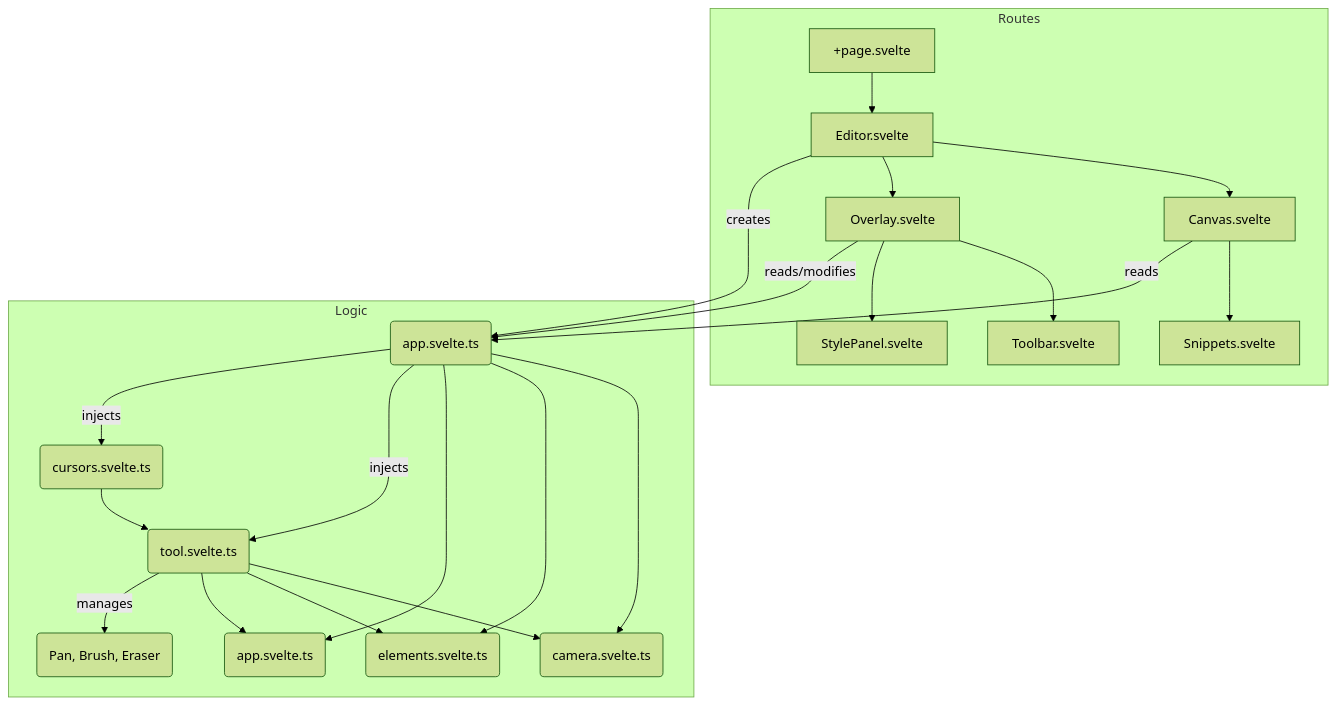
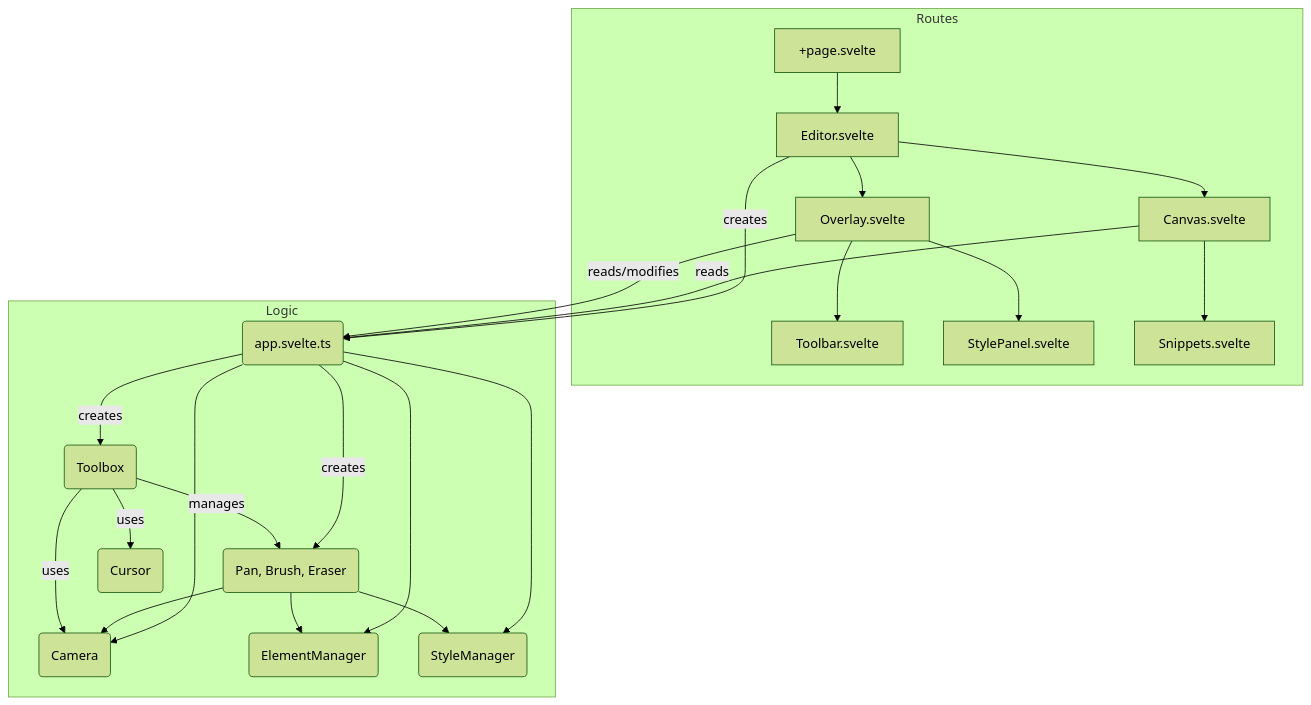
The diagram in README.md (RedthMC/motion-whiteboard), drawn with Mermaid (forest theme) before and after one commit. The commit also changed other lines of this file and 12 other files, not shown here.

````diff
--- a/README.md
+++ b/README.md
@@ -11,32 +11,33 @@
 ```mermaid
 graph TD
     subgraph Routes
         Page[+page.svelte] --> Editor[Editor.svelte]
         Editor --> Canvas[Canvas.svelte]
         Editor --> Overlay[Overlay.svelte]
         Overlay --> Toolbar[Toolbar.svelte]
         Overlay --> StylePanel[StylePanel.svelte]
         Canvas --> Snippets[Snippets.svelte]
     end
 
     Editor -- creates --> AppState
     Canvas -- reads --> AppState
     Overlay -- reads/modifies --> AppState
     
     subgraph Logic
       AppState(app.svelte.ts)
-      AppState --> Camera(camera.svelte.ts)
-      AppState --> ElementManager(elements.svelte.ts)
-      AppState --> StyleManager(app.svelte.ts)
+      AppState --> Camera(Camera)
+      AppState --> ElementManager(ElementManager)
+      AppState --> StyleManager(StyleManager)
       
-      AppState -- injects --> Toolbox(tool.svelte.ts)
-      Toolbox --> Camera
-      Toolbox --> ElementManager
-      Toolbox --> StyleManager
-
-      AppState -- injects --> Cursor(cursors.svelte.ts)
-      Cursor --> Toolbox
+      AppState -- creates --> Tools(Pan, Brush, Eraser)
+      AppState -- creates --> Toolbox(Toolbox)
       
-      Toolbox -- manages --> Tools(Pan, Brush, Eraser)
+      Tools --> Camera
+      Tools --> ElementManager
+      Tools --> StyleManager
+      
+      Toolbox -- manages --> Tools
+      Toolbox -- uses --> Cursor(Cursor)
+      Toolbox -- uses --> Camera
     end
 ```
````
